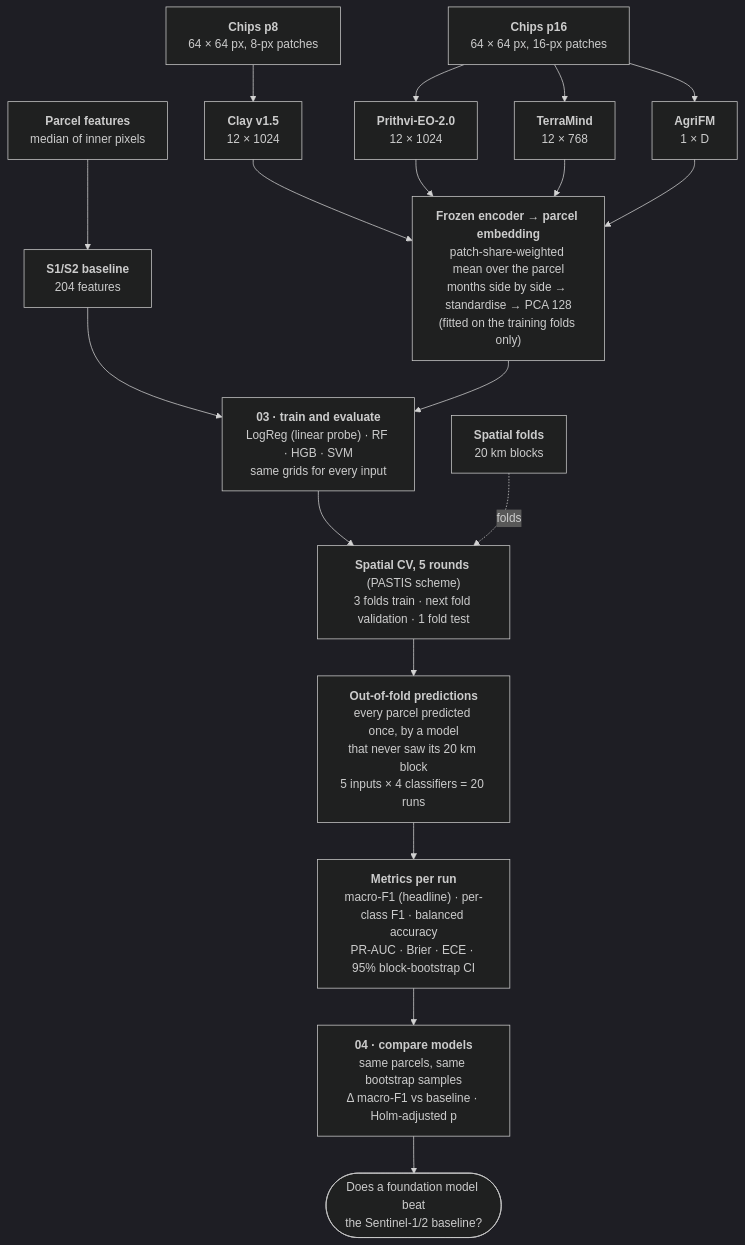
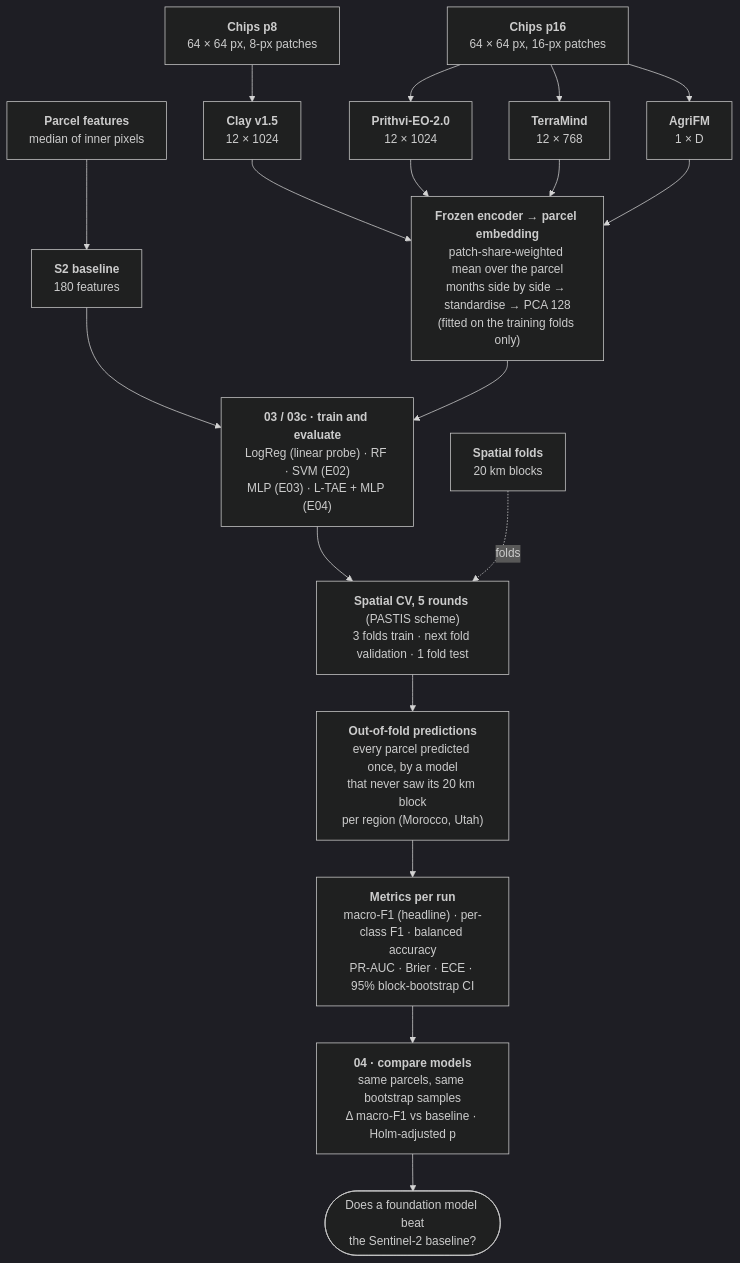
The first of 9 diagrams in docs/phase2_models/frozen_encoders.md (amanchry/irrimapping-geofm), drawn with Mermaid (dark theme) before and after one commit. The commit also changed other lines of this file and 30 other files, not shown here.

Commit message:
E02-E05 ready for both regions: label efficiency, seeds, L-TAE/MLP heads, per-region reports

````diff
--- a/docs/phase2_models/frozen_encoders.md
+++ b/docs/phase2_models/frozen_encoders.md
@@ -27,27 +27,27 @@
 ```mermaid
 flowchart TD
     FA["<b>Parcel features</b><br/>median of inner pixels"]
     C8["<b>Chips p8</b><br/>64 × 64 px, 8-px patches"]
     C16["<b>Chips p16</b><br/>64 × 64 px, 16-px patches"]
     FO["<b>Spatial folds</b><br/>20 km blocks"]
 
-    FA --> B0["<b>S1/S2 baseline</b><br/>204 features"]
+    FA --> B0["<b>S2 baseline</b><br/>180 features"]
     C8 --> B1["<b>Clay v1.5</b><br/>12 × 1024"]
     C16 --> B2["<b>Prithvi-EO-2.0</b><br/>12 × 1024"]
     C16 --> B3["<b>TerraMind</b><br/>12 × 768"]
     C16 --> B4["<b>AgriFM</b><br/>1 × D"]
 
     B1 --> POOL["<b>Frozen encoder → parcel embedding</b><br/>patch-share-weighted mean over the parcel<br/>months side by side → standardise → PCA 128<br/>(fitted on the training folds only)"]
     B2 --> POOL
     B3 --> POOL
     B4 --> POOL
 
-    B0 --> HUB["<b>03 · train and evaluate</b><br/>LogReg (linear probe) · RF · HGB · SVM<br/>same grids for every input"]
+    B0 --> HUB["<b>03 / 03c · train and evaluate</b><br/>LogReg (linear probe) · RF · SVM (E02)<br/>MLP (E03) · L-TAE + MLP (E04)"]
     POOL --> HUB
     HUB --> CV["<b>Spatial CV, 5 rounds</b> (PASTIS scheme)<br/>3 folds train · next fold validation · 1 fold test"]
     FO -. "folds" .-> CV
-    CV --> OOF["<b>Out-of-fold predictions</b><br/>every parcel predicted once, by a model<br/>that never saw its 20 km block<br/>5 inputs × 4 classifiers = 20 runs"]
+    CV --> OOF["<b>Out-of-fold predictions</b><br/>every parcel predicted once, by a model<br/>that never saw its 20 km block<br/>per region (Morocco, Utah)"]
     OOF --> M["<b>Metrics per run</b><br/>macro-F1 (headline) · per-class F1 · balanced accuracy<br/>PR-AUC · Brier · ECE · 95% block-bootstrap CI"]
     M --> CMP["<b>04 · compare models</b><br/>same parcels, same bootstrap samples<br/>Δ macro-F1 vs baseline · Holm-adjusted p"]
-    CMP --> ANS(["Does a foundation model beat<br/>the Sentinel-1/2 baseline?"])
+    CMP --> ANS(["Does a foundation model beat<br/>the Sentinel-2 baseline?"])
 ```
````
